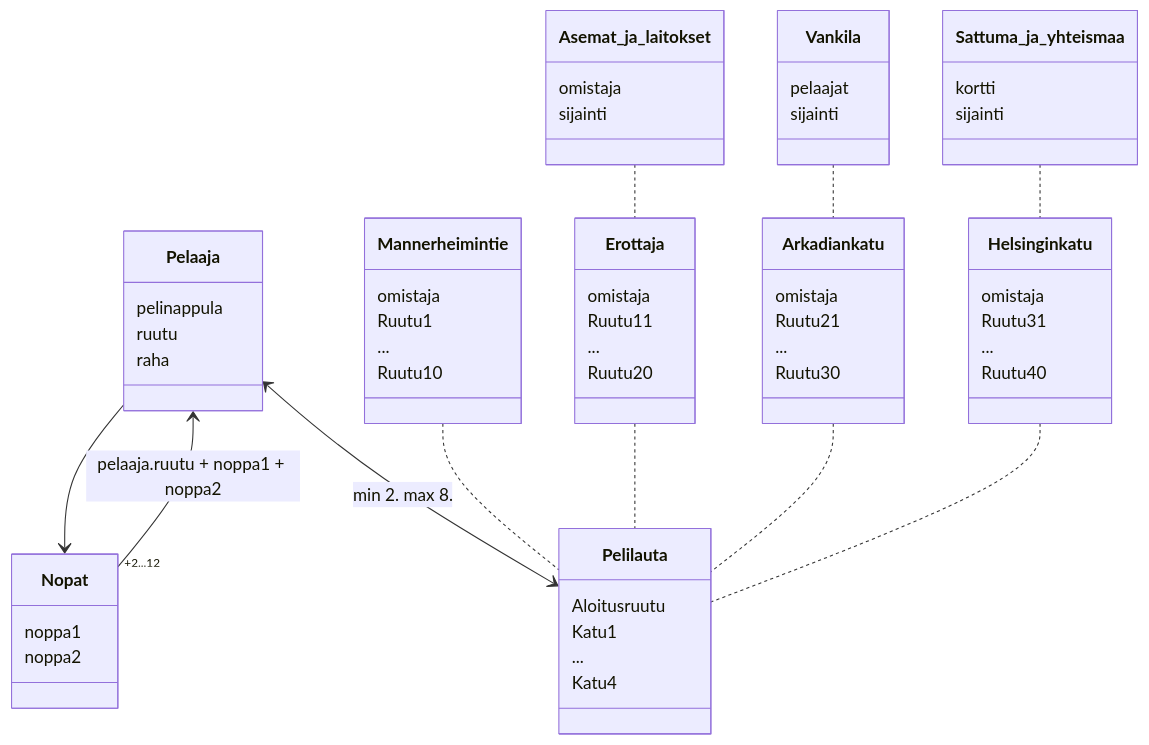
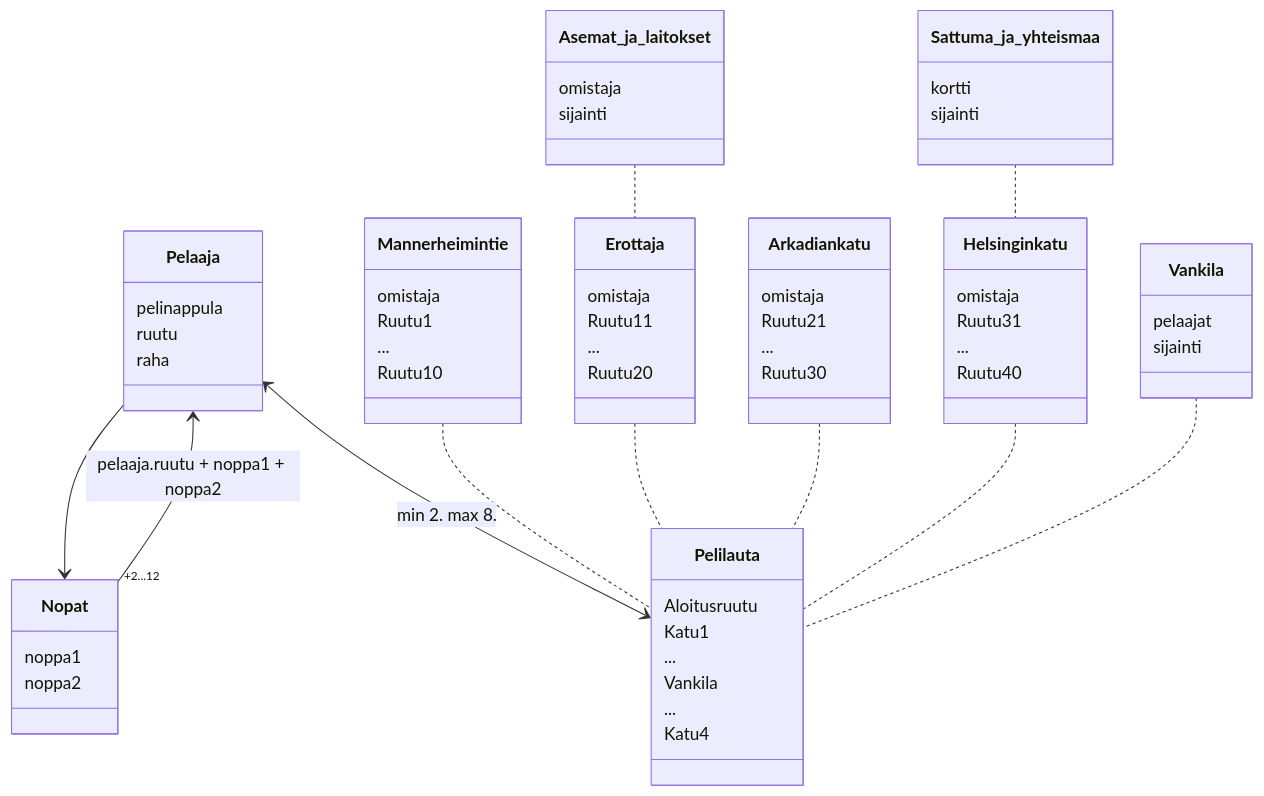
Before and after one commit to alumppio/ot-harjoitustyo: the diagram in laskarit/viikko3/laajennettu_monopoli.md, drawn with Mermaid.

Commit message:
monopoli.md

```diff
--- a/laskarit/viikko3/laajennettu_monopoli.md
+++ b/laskarit/viikko3/laajennettu_monopoli.md
@@ -10,13 +10,15 @@
       Erottaja .. Pelilauta
       Arkadiankatu .. Pelilauta
       Helsinginkatu .. Pelilauta
-      Vankila .. Arkadiankatu
       Sattuma_ja_yhteismaa .. Helsinginkatu
       Asemat_ja_laitokset .. Erottaja
+      Vankila .. Pelilauta
 
     class Pelilauta{
         Aloitusruutu
         Katu1
+        ...
+        Vankila
         ...
         Katu4
 
```
